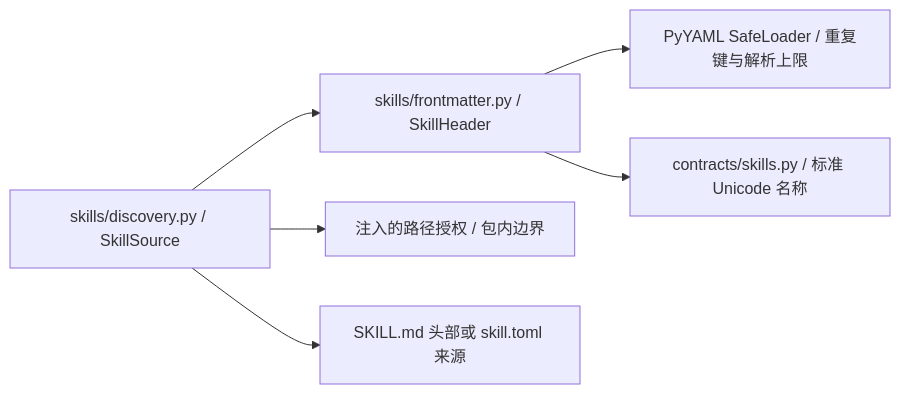
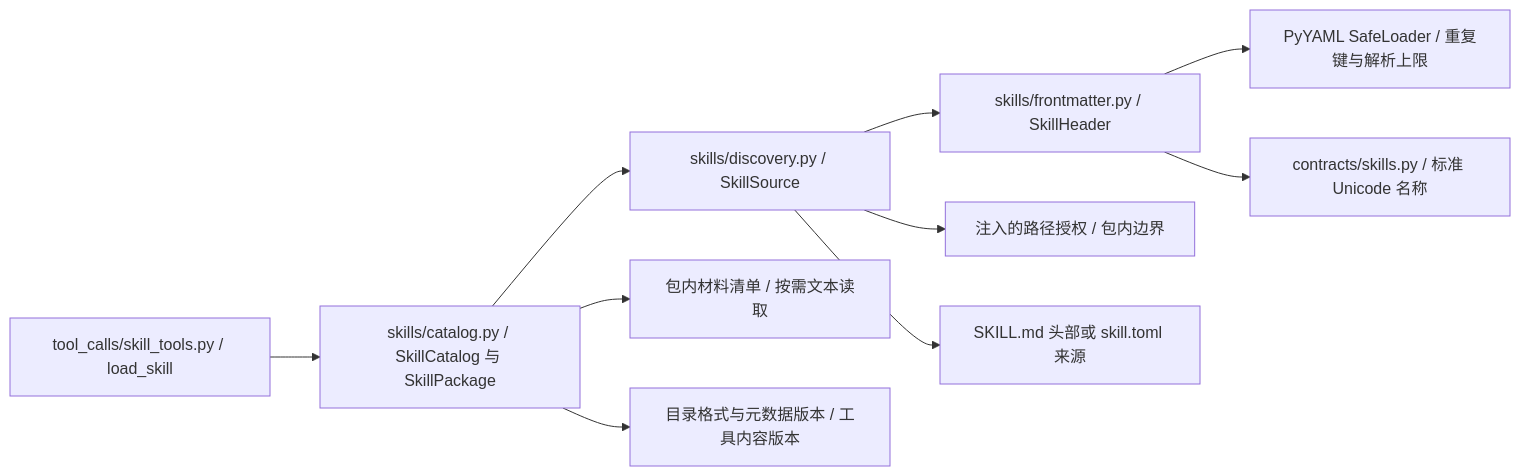
The first of 13 diagrams in docs/architecture.md (Plvltra/AdamAgent), drawn with Mermaid before and after one commit. The commit also changed other lines of this file and 13 other files, not shown here.

```diff
--- a/docs/architecture.md
+++ b/docs/architecture.md
@@ -13,8 +13,12 @@
 ~~~mermaid
 flowchart LR
-    DISC["skills/discovery.py / SkillSource"] --> HEADER["skills/frontmatter.py / SkillHeader"]
+    TOOL_SKILL["tool_calls/skill_tools.py / load_skill"] --> CATALOG_SKILL["skills/catalog.py / SkillCatalog 与 SkillPackage"]
+    CATALOG_SKILL --> DISC["skills/discovery.py / SkillSource"]
+    CATALOG_SKILL --> MATERIAL["包内材料清单 / 按需文本读取"]
+    CATALOG_SKILL --> SNAP_SKILL["目录格式与元数据版本 / 工具内容版本"]
+    DISC --> HEADER["skills/frontmatter.py / SkillHeader"]
     DISC --> PATH_RULE["注入的路径授权 / 包内边界"]
     HEADER --> YAML["PyYAML SafeLoader / 重复键与解析上限"]
     HEADER --> NAME["contracts/skills.py / 标准 Unicode 名称"]
     DISC --> SOURCE_FILE["SKILL.md 头部或 skill.toml 来源"]
 ~~~
```
